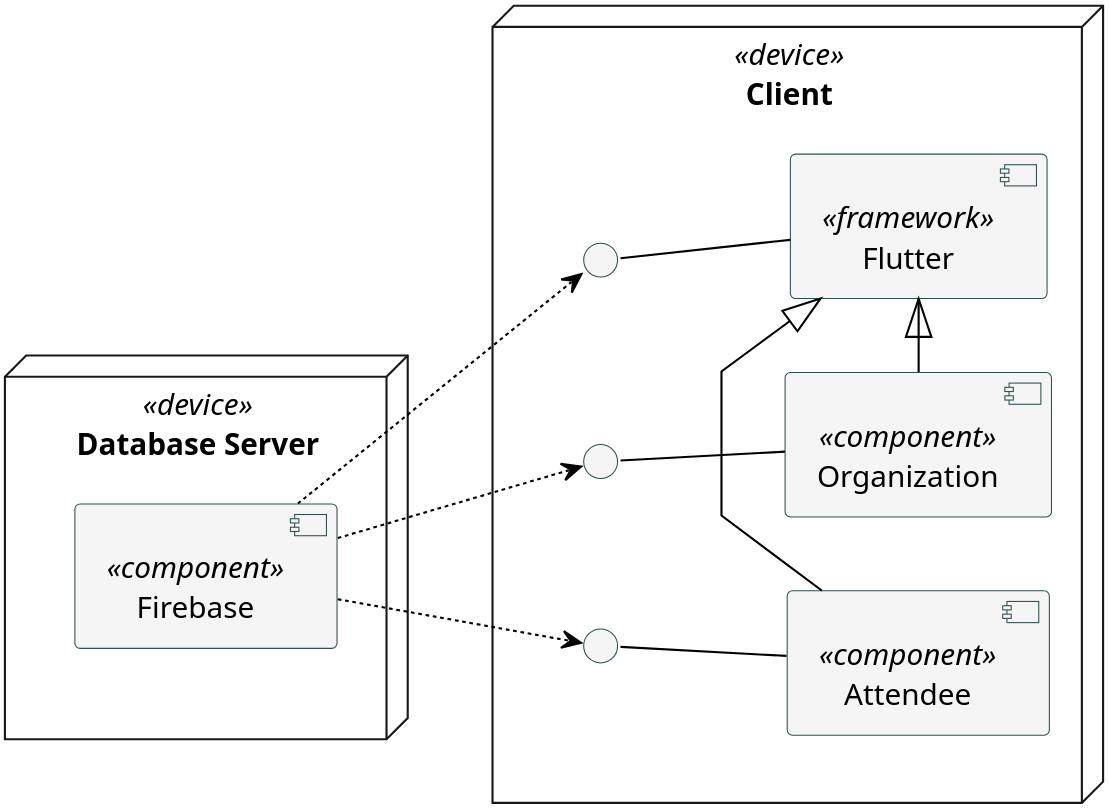
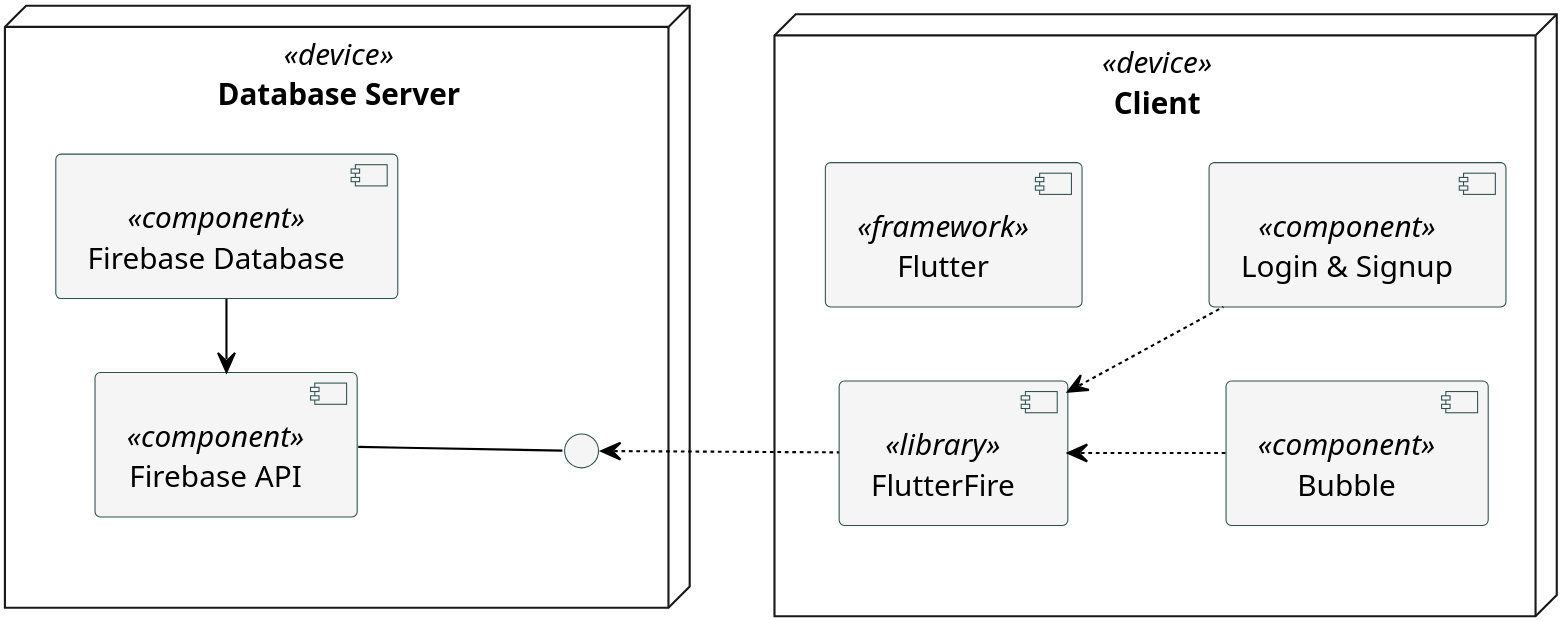
Before and after one commit to up201806330/Retrospective-Wall: the diagram in UML/physicalArchitecture.puml, drawn with PlantUML. The commit also changed 1 other file, not shown here.

Commit message:
Physical architecture corrected

```diff
--- a/UML/physicalArchitecture.puml
+++ b/UML/physicalArchitecture.puml
@@ -1,42 +1,39 @@
 @startuml physicalArchitecture
 scale 200
 skinparam linetype polyline
 skinparam componentBackgroundColor WhiteSmoke
 skinparam componentBorderColor DarkSlateGrey
 skinparam componentFontColor Black
 
 skinparam interfaceBackgroundColor WhiteSmoke
 skinparam interfaceBorderColor DarkSlateGrey
 skinparam interfaceFontColor Black
 
 skinparam ArrowColor Black
 
 left to right direction
 
 node "Database Server" as database <<device>>{
-  [Firebase] <<component>> as firebase
+  [Firebase API] <<component>> as firebaseApi
+  [Firebase Database] <<component>> as firebaseDb
+  Interface " " as int1
 }
 
 node "Client" as client <<device>> {
   component Flutter as app <<framework>>
-  Interface " " as int1
-  Interface " " as int2
-  Interface " " as int3
-  component Attendee <<component>>
-  component Organization <<component>>
+  component "Bubble" as dp <<component>>
+  component "Login & Signup" as login <<component>>
+  component "FlutterFire" as flutterfire <<library>>
 }
 
 client -[hidden]up-> database
 
-app <|-left- Attendee
-app <|-left- Organization
+firebaseApi -down- int1
+int1 <.down. flutterfire
 
-app -up- int1
-Attendee -up- int2
-Organization -up- int3
+firebaseApi <- firebaseDb
 
-int1 <.up. firebase
-int2 <.up. firebase
-int3 <.up. firebase
+flutterfire <.down. dp
+flutterfire <.down. login
 
 @enduml
```
